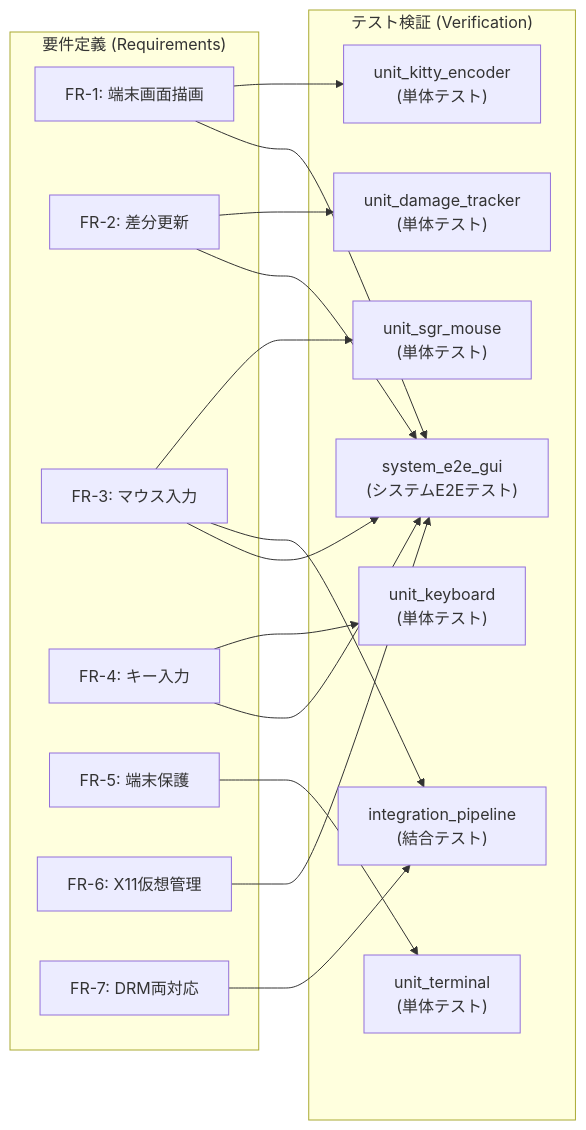
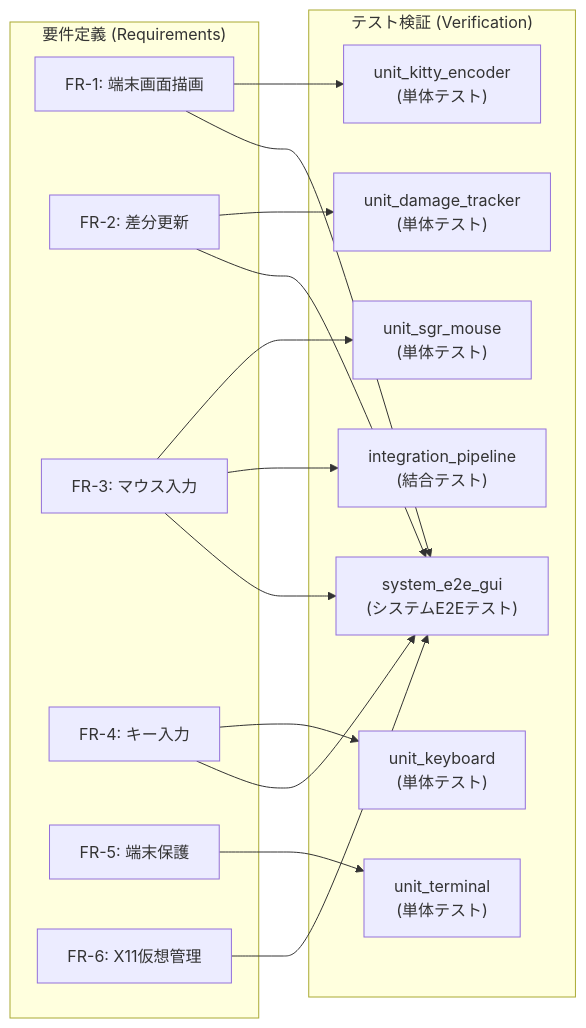
One commit to totatake/termway changed the diagram in docs/V_MODEL_SPEC.md. Above: the diagram before and after it, drawn with Mermaid. The commit also changed other lines of this file and 10 other files, not shown here.

````diff
--- a/docs/V_MODEL_SPEC.md
+++ b/docs/V_MODEL_SPEC.md
@@ -9,35 +9,33 @@
 ```mermaid
 flowchart LR
     subgraph Requirements["要件定義 (Requirements)"]
         FR1["FR-1: 端末画面描画"]
         FR2["FR-2: 差分更新"]
         FR3["FR-3: マウス入力"]
         FR4["FR-4: キー入力"]
         FR5["FR-5: 端末保護"]
         FR6["FR-6: X11仮想管理"]
-        FR7["FR-7: DRM両対応"]
     end
 
     subgraph Verification["テスト検証 (Verification)"]
         T_Sys["system_e2e_gui<br/>(システムE2Eテスト)"]
         T_Integ["integration_pipeline<br/>(結合テスト)"]
         T_Mouse["unit_sgr_mouse<br/>(単体テスト)"]
         T_Kitty["unit_kitty_encoder<br/>(単体テスト)"]
         T_Term["unit_terminal<br/>(単体テスト)"]
         T_Damage["unit_damage_tracker<br/>(単体テスト)"]
         T_Key["unit_keyboard<br/>(単体テスト)"]
     end
 
     FR1 --> T_Kitty
     FR1 --> T_Sys
     FR2 --> T_Damage
     FR2 --> T_Sys
     FR3 --> T_Mouse
     FR3 --> T_Integ
     FR3 --> T_Sys
     FR4 --> T_Key
     FR4 --> T_Sys
     FR5 --> T_Term
     FR6 --> T_Sys
-    FR7 --> T_Integ
 ```
````
